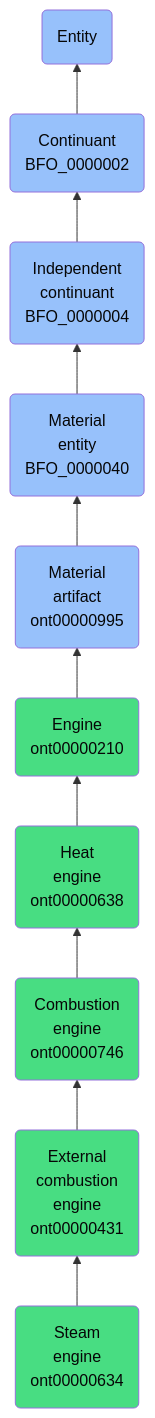
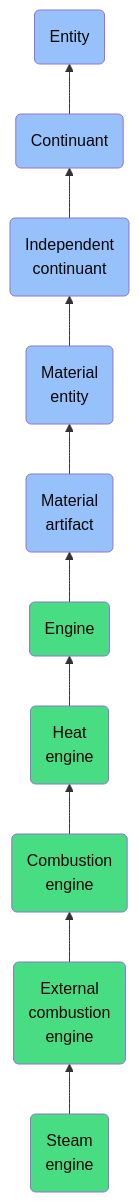
Before and after one commit to jupyter-naas/abi: the diagram in docs/ontology/reference/model/Entity/Continuant/Independent continuant/Material entity/Material artifact/Engine/Heat engine/Combustion engine/External combustion engine/Steam engine/Steam engine.md, drawn with Mermaid. The commit also changed other lines of this file and 1430 other files, not shown here.

````diff
--- a/docs/ontology/reference/model/Entity/Continuant/Independent continuant/Material entity/Material artifact/Engine/Heat engine/Combustion engine/External combustion engine/Steam engine/Steam engine.md
+++ b/docs/ontology/reference/model/Entity/Continuant/Independent continuant/Material entity/Material artifact/Engine/Heat engine/Combustion engine/External combustion engine/Steam engine/Steam engine.md
@@ -24,17 +24,17 @@
 ```mermaid
 graph BT
-    ont00000634(Steam<br>engine<br>ont00000634):::ABI-->ont00000431
-    ont00000431(External<br>combustion<br>engine<br>ont00000431):::ABI-->ont00000746
-    ont00000746(Combustion<br>engine<br>ont00000746):::ABI-->ont00000638
-    ont00000638(Heat<br>engine<br>ont00000638):::ABI-->ont00000210
-    ont00000210(Engine<br>ont00000210):::ABI-->ont00000995
-    ont00000995(Material<br>artifact<br>ont00000995):::BFO-->BFO_0000040
-    BFO_0000040(Material<br>entity<br>BFO_0000040):::BFO-->BFO_0000004
-    BFO_0000004(Independent<br>continuant<br>BFO_0000004):::BFO-->BFO_0000002
-    BFO_0000002(Continuant<br>BFO_0000002):::BFO-->BFO_0000001
+    ont00000634(Steam<br>engine):::ABI-->ont00000431
+    ont00000431(External<br>combustion<br>engine):::ABI-->ont00000746
+    ont00000746(Combustion<br>engine):::ABI-->ont00000638
+    ont00000638(Heat<br>engine):::ABI-->ont00000210
+    ont00000210(Engine):::ABI-->ont00000995
+    ont00000995(Material<br>artifact):::BFO-->BFO_0000040
+    BFO_0000040(Material<br>entity):::BFO-->BFO_0000004
+    BFO_0000004(Independent<br>continuant):::BFO-->BFO_0000002
+    BFO_0000002(Continuant):::BFO-->BFO_0000001
     BFO_0000001(Entity):::BFO
     
     classDef BFO fill:#97c1fb,color:#060606
     classDef CCO fill:#e4c51e,color:#060606
     classDef ABI fill:#48DD82,color:#060606
 ```
````
